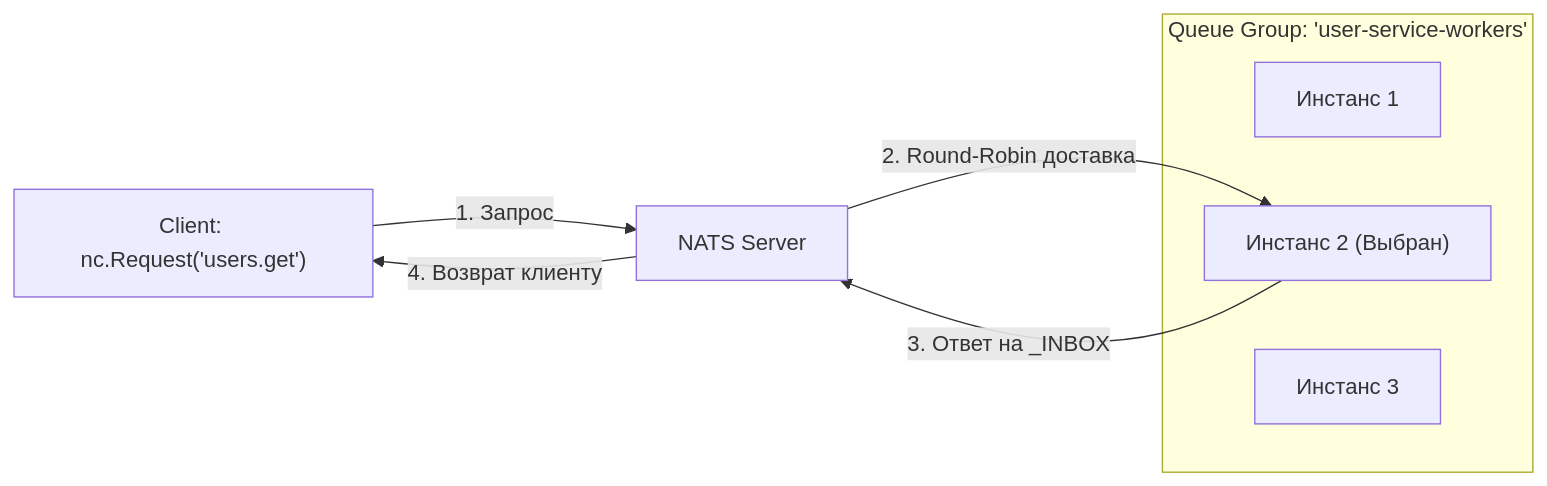
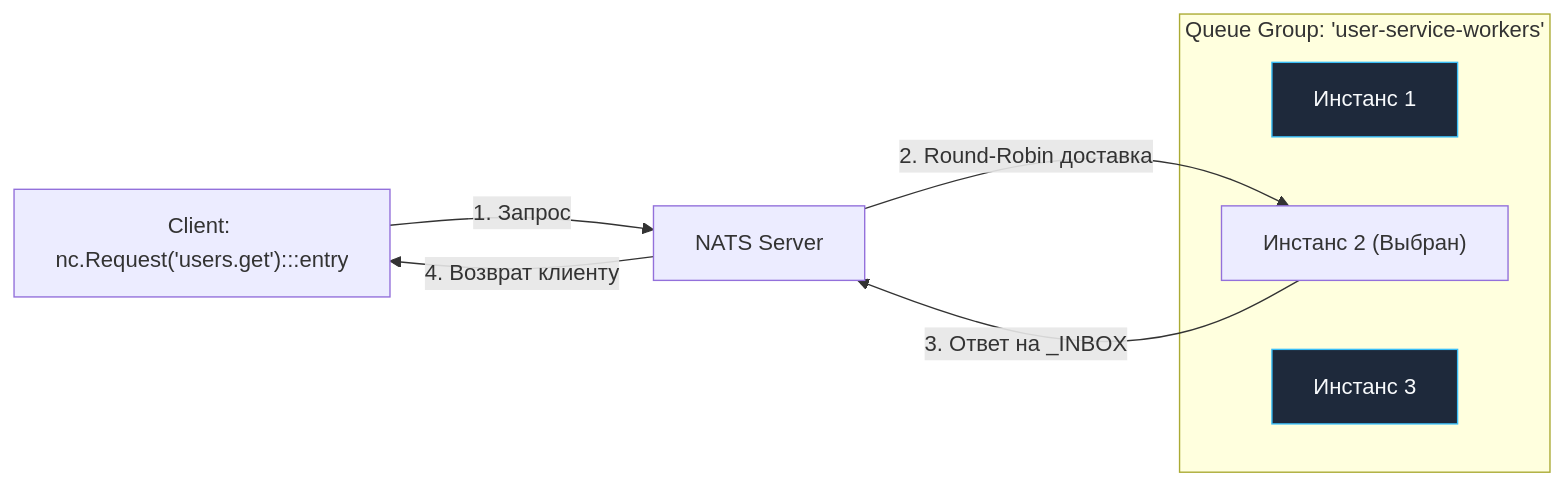
The second of 2 diagrams in sources/13. Очереди, брокеры сообщений и оркестраторы/04. NATS/4. Request Reply паттерн.md (UnrealTemplier/go-textbook), drawn with Mermaid before and after one commit. The commit also changed 1666 other files, not shown here.

First line of the commit message:
feat(mermaid): add semantic color classDef to 1369 colorless flowchart/graph diagrams

````diff
--- a/sources/13. Очереди, брокеры сообщений и оркестраторы/04. NATS/4. Request Reply паттерн.md
+++ b/sources/13. Очереди, брокеры сообщений и оркестраторы/04. NATS/4. Request Reply паттерн.md
@@ -284,14 +284,24 @@
 ```mermaid
 flowchart LR
-    C["Client: nc.Request('users.get')"] -->|1. Запрос| S["NATS Server"]
+    classDef process  fill:#1e293b,stroke:#38bdf8,stroke-width:1px,color:#f8fafc
+    classDef success  fill:#064e3b,stroke:#34d399,stroke-width:1px,color:#f8fafc
+    classDef error    fill:#7f1d1d,stroke:#f87171,stroke-width:1px,color:#f8fafc
+    classDef warning  fill:#78350f,stroke:#fbbf24,stroke-width:1px,color:#f8fafc
+    classDef entry    fill:#1e3a5f,stroke:#38bdf8,stroke-width:2px,color:#f8fafc
+    classDef aux      fill:#334155,stroke:#64748b,stroke-width:1px,color:#f8fafc
+    classDef system   fill:#312e81,stroke:#a78bfa,stroke-width:1px,color:#f8fafc
+    classDef data     fill:#132d29,stroke:#2dd4bf,stroke-width:1px,color:#f8fafc
+    classDef network  fill:#881337,stroke:#fb7185,stroke-width:1px,color:#f8fafc
+    classDef accent   fill:#1e1b4b,stroke:#818cf8,stroke-width:1px,color:#f8fafc
+    C["Client: nc.Request('users.get'):::entry"] -->|1. Запрос| S["NATS Server"]
     
     subgraph QueueGroup["Queue Group: 'user-service-workers'"]
-        W1["Инстанс 1"]
+        W1["Инстанс 1"]:::process
         W2["Инстанс 2 (Выбран)"]
-        W3["Инстанс 3"]
+        W3["Инстанс 3"]:::process
     end
     
     S -->|2. Round-Robin доставка| W2
     W2 -->|3. Ответ на _INBOX| S
     S -->|4. Возврат клиенту| C
 ```
````
